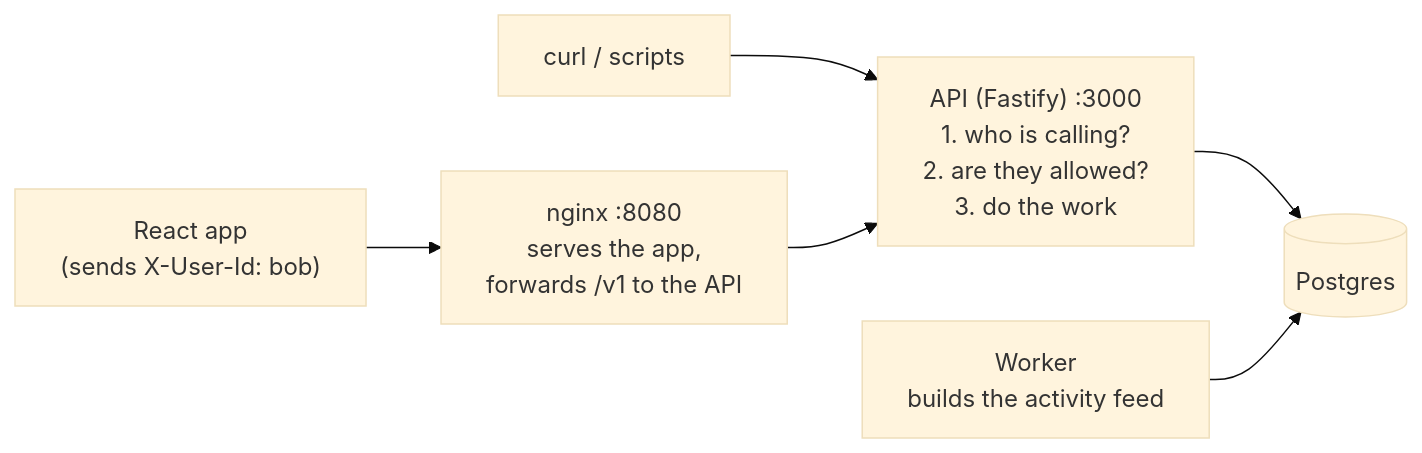
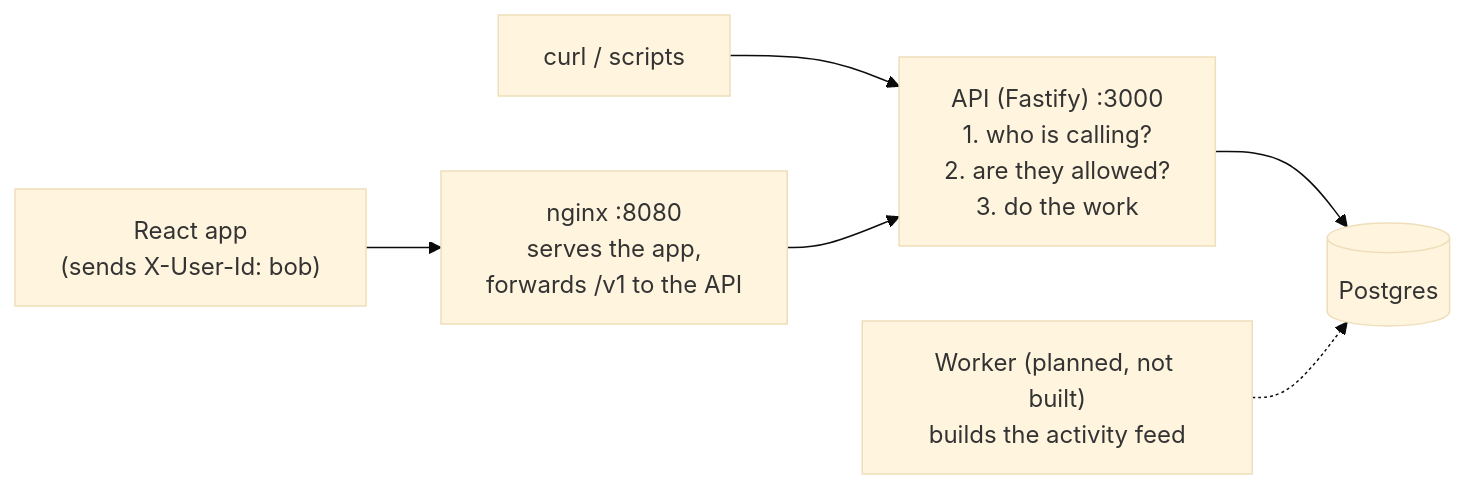
Before and after one commit to 17aim17/flowboard: the first of 2 diagrams in docs/DESIGN.md, drawn with Mermaid (base theme). The commit also changed other lines of this file, not shown here.

First line of the commit message:
Bring the design doc in line with the built code

````diff
--- a/docs/DESIGN.md
+++ b/docs/DESIGN.md
@@ -35,8 +35,8 @@
 ```mermaid
 flowchart LR
   Browser["React app<br/>(sends X-User-Id: bob)"] --> Nginx["nginx :8080<br/>serves the app,<br/>forwards /v1 to the API"]
   Curl["curl / scripts"] --> API
   Nginx --> API["API (Fastify) :3000<br/>1. who is calling?<br/>2. are they allowed?<br/>3. do the work"]
   API --> DB[("Postgres")]
-  Worker["Worker<br/>builds the activity feed"] --> DB
+  Worker["Worker (planned, not built)<br/>builds the activity feed"] -.-> DB
 ```
````
